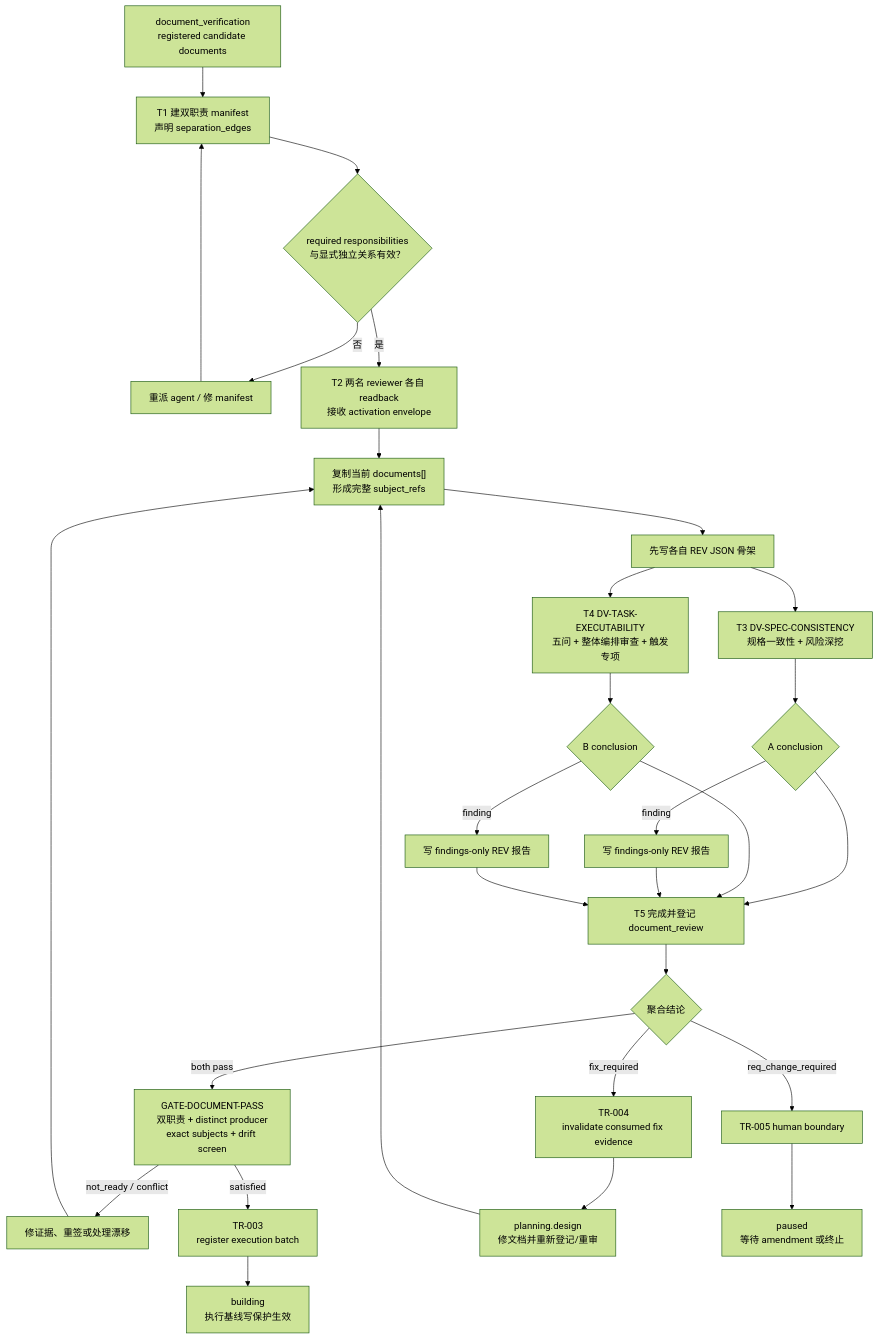
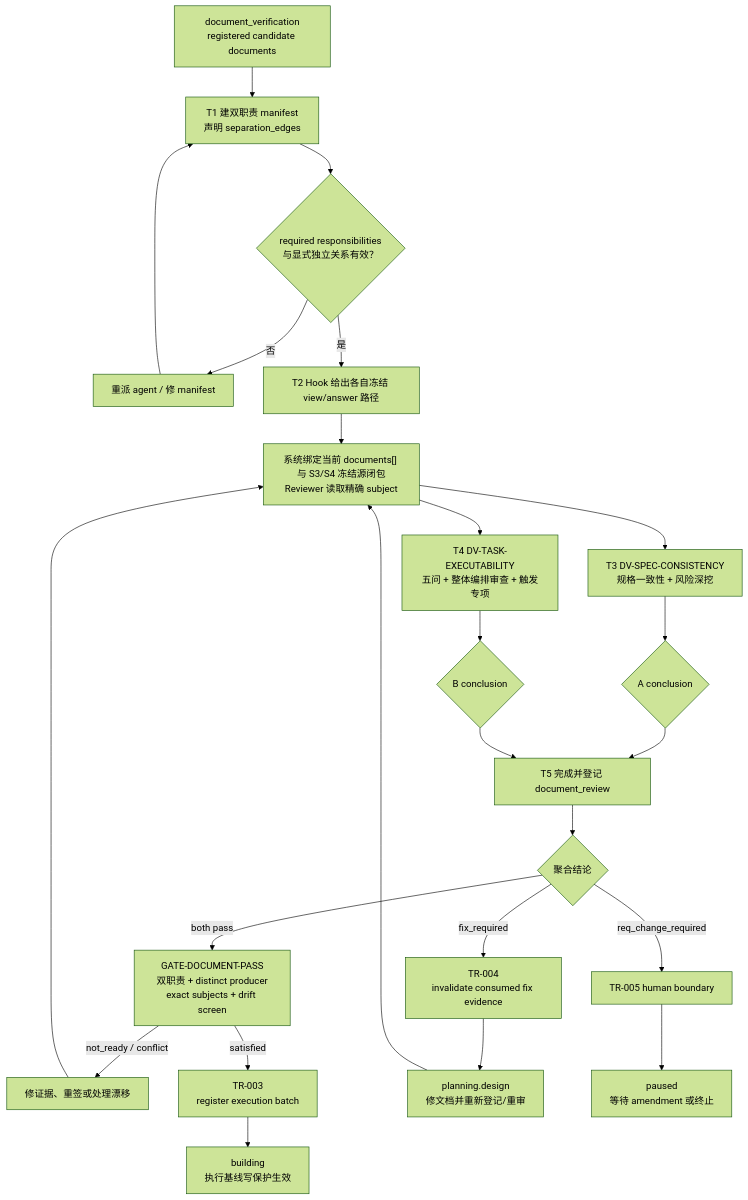
The second of 2 diagrams in blueprint/l3-stages/L3-S5-document-verification.md (Sebs-Lee/go-system-builder), drawn with Mermaid (forest theme) before and after one commit. The commit also changed other lines of this file and 969 other files, not shown here.

````diff
--- a/blueprint/l3-stages/L3-S5-document-verification.md
+++ b/blueprint/l3-stages/L3-S5-document-verification.md
@@ -96,31 +125,26 @@
 ```mermaid
 flowchart TD
     IN["document_verification<br/>registered candidate documents"] --> TEAM["T1 建双职责 manifest<br/>声明 separation_edges"]
     TEAM --> VALID{"required responsibilities<br/>与显式独立关系有效？"}
     VALID -->|否| REPLAN["重派 agent / 修 manifest"]
     REPLAN --> TEAM
-    VALID -->|是| READ["T2 两名 reviewer 各自 readback<br/>接收 activation envelope"]
-    READ --> SUBJECT["复制当前 documents[]<br/>形成完整 subject_refs"]
-    SUBJECT --> SKELETON["先写各自 REV JSON 骨架"]
-    SKELETON --> A["T3 DV-SPEC-CONSISTENCY<br/>规格一致性 + 风险深挖"]
-    SKELETON --> B["T4 DV-TASK-EXECUTABILITY<br/>五问 + 整体编排审查 + 触发专项"]
+    VALID -->|是| READ["T2 Hook 给出各自冻结 view/answer 路径"]
+    READ --> SUBJECT["系统绑定当前 documents[] 与 S3/S4 冻结源闭包<br/>Reviewer 读取精确 subject"]
+    SUBJECT --> A["T3 DV-SPEC-CONSISTENCY<br/>规格一致性 + 风险深挖"]
+    SUBJECT --> B["T4 DV-TASK-EXECUTABILITY<br/>五问 + 整体编排审查 + 触发专项"]
     A --> CA{"A conclusion"}
     B --> CB{"B conclusion"}
-    CA -->|finding| RA["写 findings-only REV 报告"]
-    CB -->|finding| RB["写 findings-only REV 报告"]
     CA --> AGG["T5 完成并登记 document_review"]
     CB --> AGG
-    RA --> AGG
-    RB --> AGG
     AGG --> DECIDE{"聚合结论"}
     DECIDE -->|both pass| GATE["GATE-DOCUMENT-PASS<br/>双职责 + distinct producer<br/>exact subjects + drift screen"]
     GATE -->|not_ready / conflict| RECHECK["修证据、重签或处理漂移"]
     RECHECK --> SUBJECT
     GATE -->|satisfied| TR3["TR-003<br/>register execution batch"]
     TR3 --> LOCK["building<br/>执行基线写保护生效"]
     DECIDE -->|fix_required| TR4["TR-004<br/>invalidate consumed fix evidence"]
     TR4 --> PLAN["planning.design<br/>修文档并重新登记/重审"]
     PLAN --> SUBJECT
     DECIDE -->|req_change_required| TR5["TR-005 human boundary"]
     TR5 --> PAUSE["paused<br/>等待 amendment 或终止"]
 ```
````
